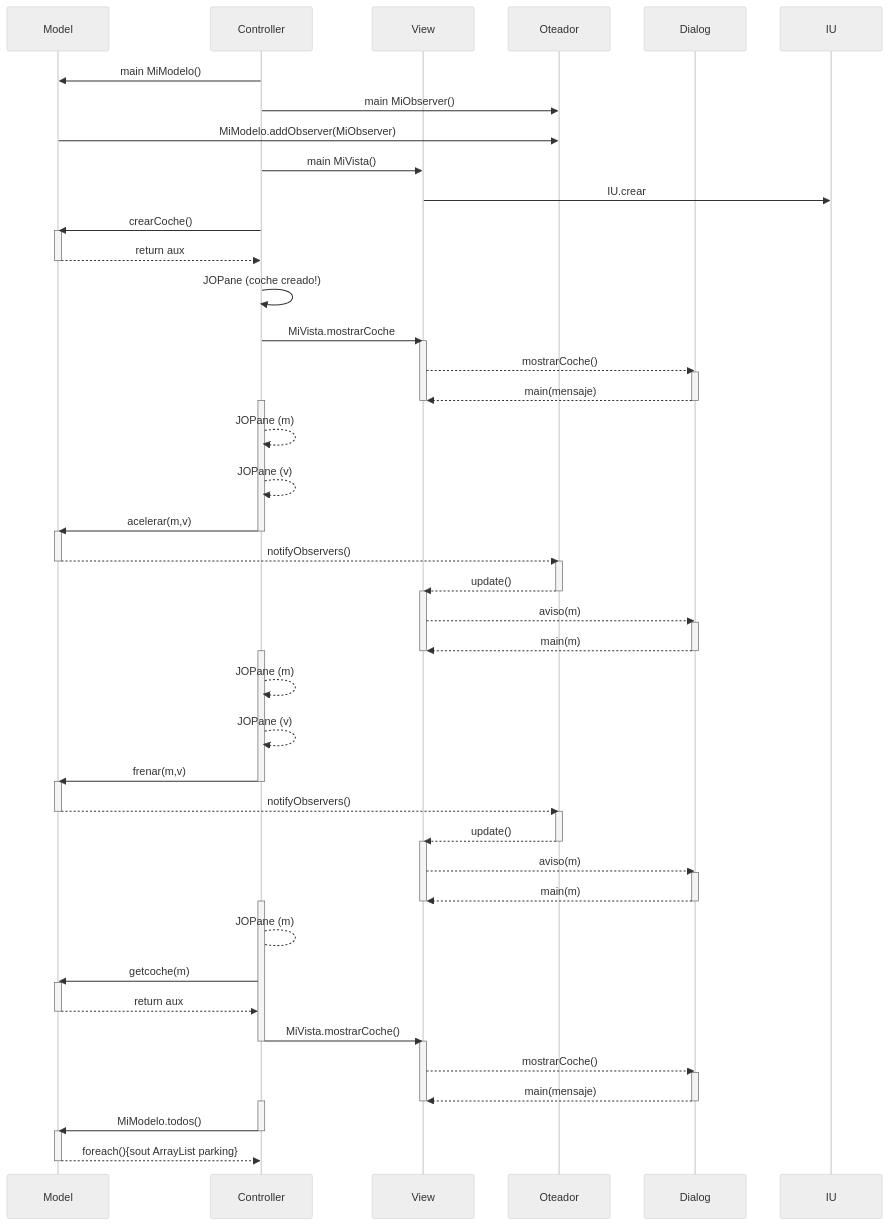
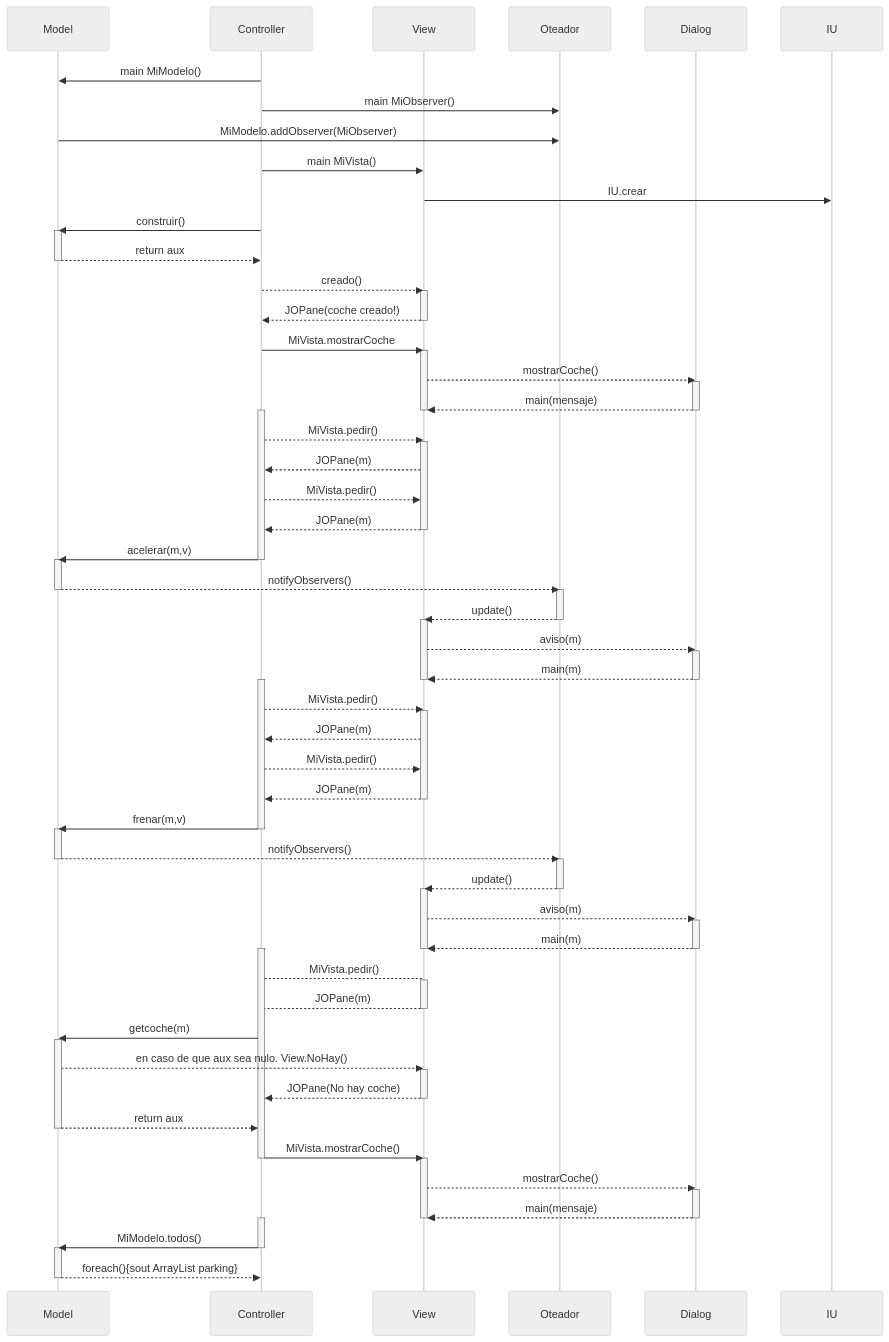
One commit to JJManeiro/MVC_coches changed the second of 2 diagrams in Readme.md. Above: the diagram before and after it, drawn with Mermaid (neutral theme). The commit also changed other lines of this file and 4 other files, not shown here.

Commit message:
Cambio de código. El JOptionPane es apropiado a la clase Vista y llamará a la clase View en caso de necesitar su uso.

```diff
--- a/Readme.md
+++ b/Readme.md
@@ -58,11 +62,14 @@
     Model->>Oteador:MiModelo.addObserver(MiObserver)
     Controller->>View: main MiVista()
     View->>IU: IU.crear
-    Controller->>Model: crearCoche()
+    Controller->>Model: construir()
     activate Model
     Model -->>Controller: return aux
     deactivate Model
-    Controller->>Controller: JOPane (coche creado!)
+    Controller-->>View: creado()
+    activate View
+    View-->>Controller: JOPane(coche creado!)
+    deactivate View
     Controller->>View: MiVista.mostrarCoche
     activate View
     View-->>Dialog: mostrarCoche()
@@ -71,8 +78,12 @@
     deactivate Dialog
     deactivate View
     activate Controller
-    Controller-->>Controller: JOPane (m)
-    Controller-->>Controller: JOPane (v)
+    Controller-->>View: MiVista.pedir()
+    activate View
+    View-->>Controller: JOPane(m)
+    Controller-->>View: MiVista.pedir()
+    View-->>Controller: JOPane(m)
+    deactivate View
     Controller->>Model: acelerar(m,v)
     deactivate Controller
     activate Model
@@ -87,9 +98,13 @@
     Dialog-->>View: main(m)
     deactivate Dialog
     deactivate View
-     activate Controller
-    Controller-->>Controller: JOPane (m)
-    Controller-->>Controller: JOPane (v)
+    activate Controller
+    Controller-->>View: MiVista.pedir()
+    activate View
+    View-->>Controller: JOPane(m)
+    Controller-->>View: MiVista.pedir()
+    View-->>Controller: JOPane(m)
+    deactivate View
     Controller->>Model: frenar(m,v)
     deactivate Controller
     activate Model
@@ -105,11 +120,18 @@
     deactivate Dialog
     deactivate View
     activate Controller
-    Controller-->Controller: JOPane (m)
+    Controller-->View: MiVista.pedir()
+    activate View
+    View-->Controller: JOPane(m)
+    deactivate View
     Controller->>Model: getcoche(m)
     activate Model
-    Model-->>Controller: return aux
-    deactivate Model
+    Model-->>View: en caso de que aux sea nulo. View.NoHay()
+    activate View
+    View-->>Controller: JOPane(No hay coche)
+    deactivate View
+    Model-->>Controller: return aux    
+    deactivate Model    
     Controller->>View: MiVista.mostrarCoche()
     deactivate Controller
     activate View
```
